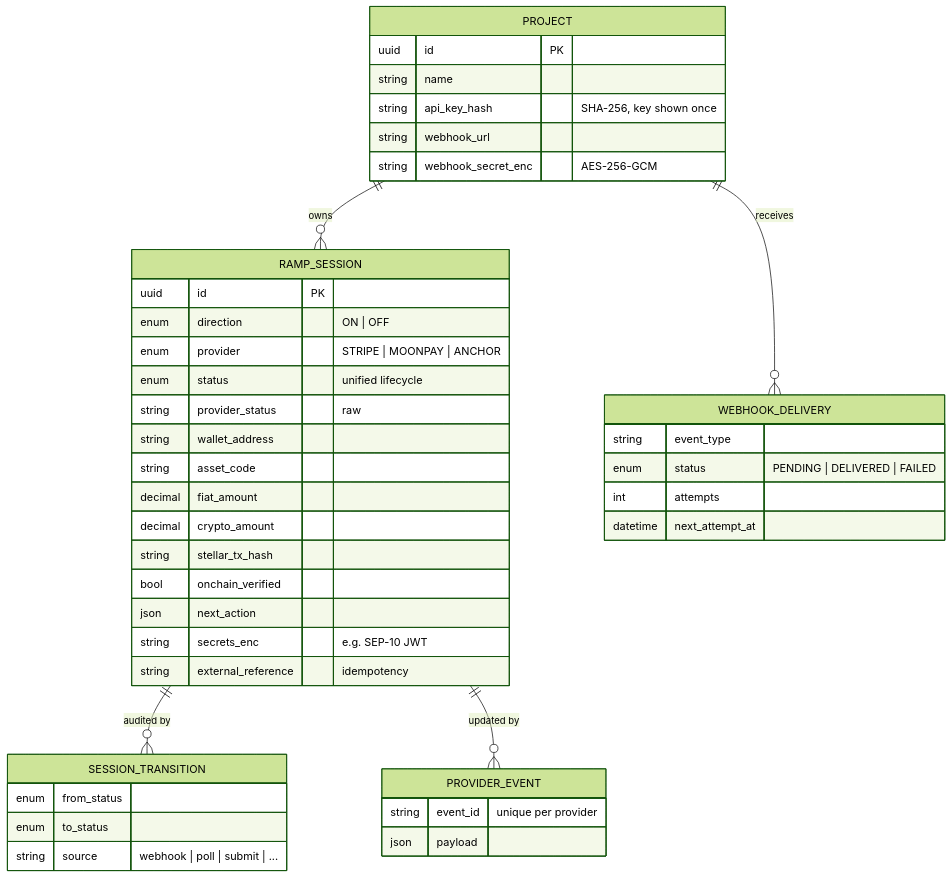
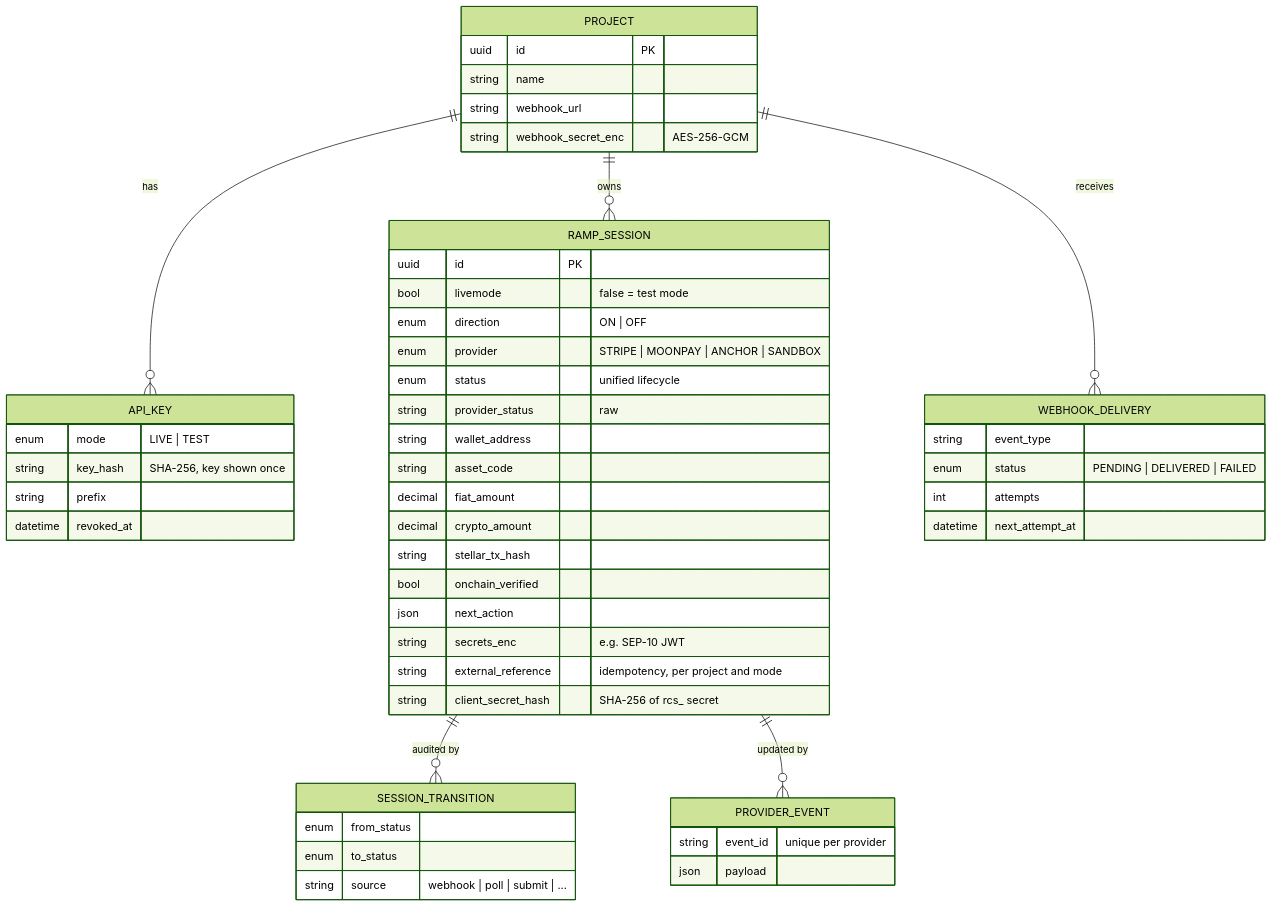
The fifth of 5 diagrams in README.md (icylilac/Rampart), drawn with Mermaid (forest theme) before and after one commit. The commit also changed other lines of this file and 47 other files, not shown here.

First line of the commit message:
Add the session API, test mode and the @ricerca/ramp SDK

````diff
--- a/README.md
+++ b/README.md
@@ -248,46 +307,54 @@
 ```mermaid
 erDiagram
+  PROJECT ||--o{ API_KEY : "has"
   PROJECT ||--o{ RAMP_SESSION : owns
   PROJECT ||--o{ WEBHOOK_DELIVERY : receives
   RAMP_SESSION ||--o{ SESSION_TRANSITION : "audited by"
   RAMP_SESSION ||--o{ PROVIDER_EVENT : "updated by"
 
   PROJECT {
     uuid id PK
     string name
-    string api_key_hash "SHA-256, key shown once"
     string webhook_url
     string webhook_secret_enc "AES-256-GCM"
   }
+  API_KEY {
+    enum mode "LIVE | TEST"
+    string key_hash "SHA-256, key shown once"
+    string prefix
+    datetime revoked_at
+  }
   RAMP_SESSION {
     uuid id PK
+    bool livemode "false = test mode"
     enum direction "ON | OFF"
-    enum provider "STRIPE | MOONPAY | ANCHOR"
+    enum provider "STRIPE | MOONPAY | ANCHOR | SANDBOX"
     enum status "unified lifecycle"
     string provider_status "raw"
     string wallet_address
     string asset_code
     decimal fiat_amount
     decimal crypto_amount
     string stellar_tx_hash
     bool onchain_verified
     json next_action
     string secrets_enc "e.g. SEP-10 JWT"
-    string external_reference "idempotency"
+    string external_reference "idempotency, per project and mode"
+    string client_secret_hash "SHA-256 of rcs_ secret"
   }
   SESSION_TRANSITION {
     enum from_status
     enum to_status
     string source "webhook | poll | submit | ..."
   }
   PROVIDER_EVENT {
     string event_id "unique per provider"
     json payload
   }
   WEBHOOK_DELIVERY {
     string event_type
     enum status "PENDING | DELIVERED | FAILED"
     int attempts
     datetime next_attempt_at
   }
 ```
````
